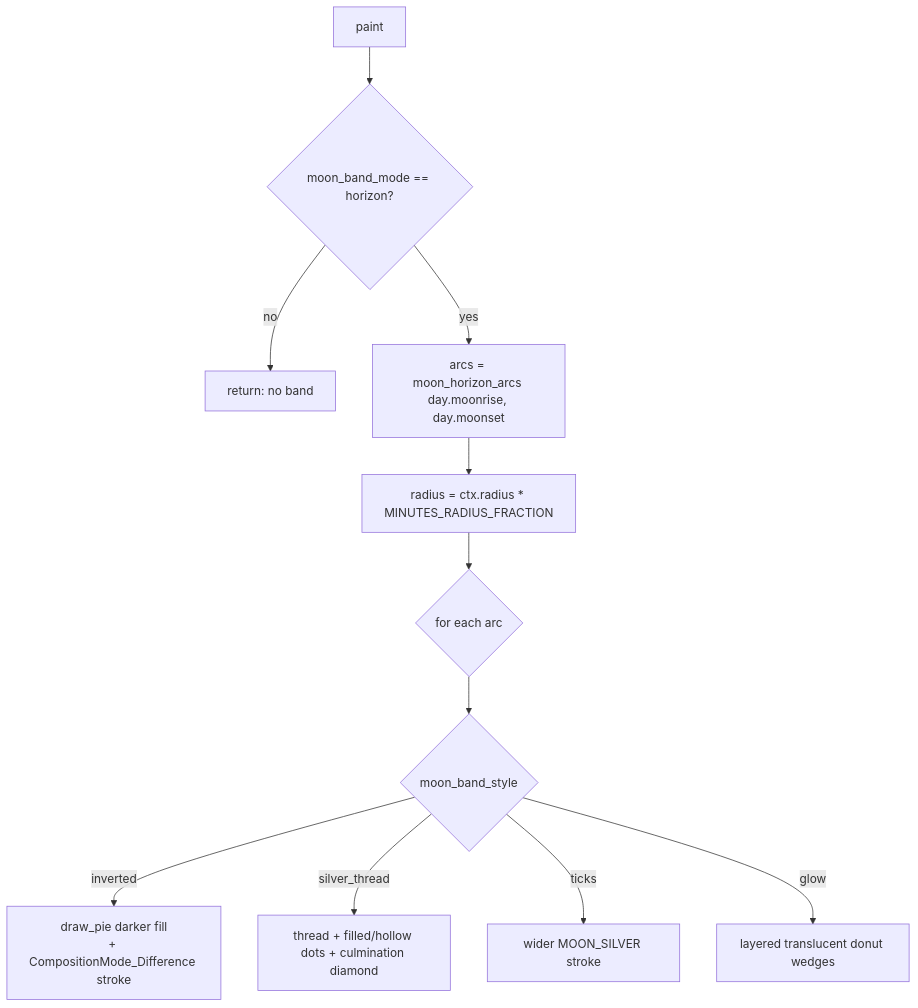
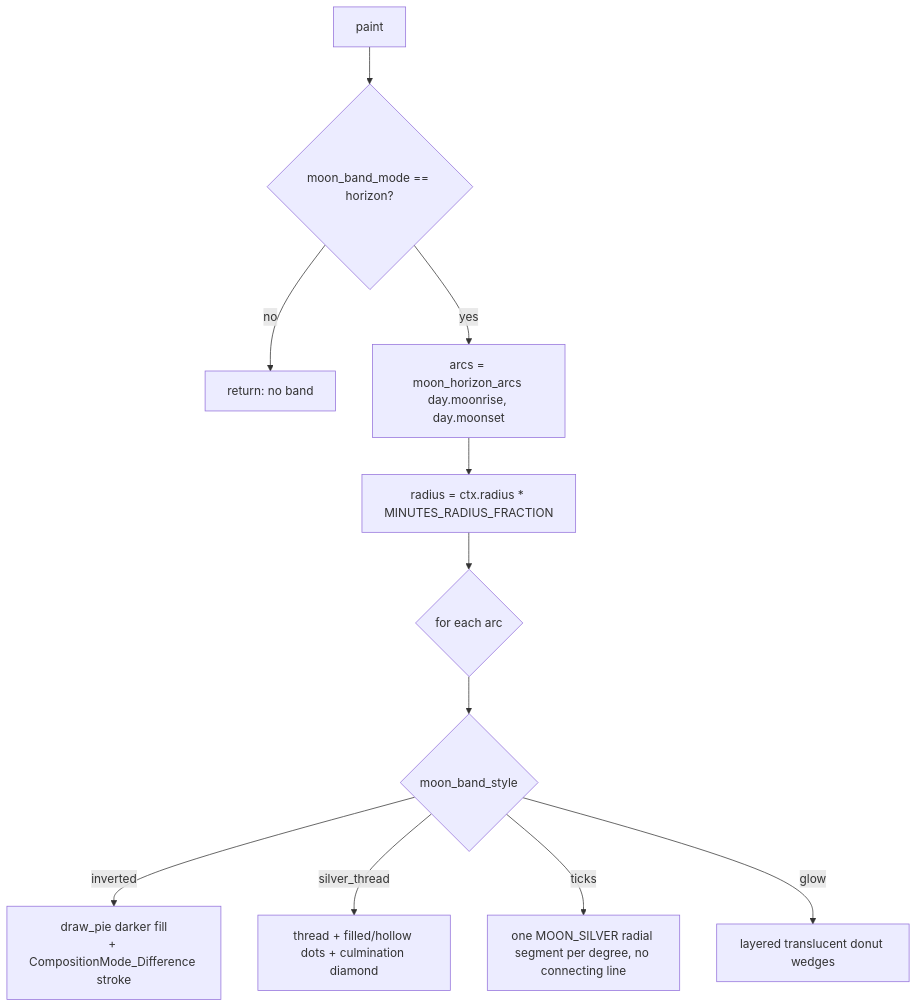
Before and after one commit to UVuruna/Watch-Academy: the diagram in render/layers/__flow/moon_band.md, drawn with Mermaid. The commit also changed 3 other files, not shown here.

````diff
--- a/render/layers/__flow/moon_band.md
+++ b/render/layers/__flow/moon_band.md
@@ -7,13 +7,13 @@
 ```mermaid
 flowchart TB
     A[paint] --> B{moon_band_mode == horizon?}
     B -- no --> Z[return: no band]
     B -- yes --> C[arcs = moon_horizon_arcs day.moonrise, day.moonset]
     C --> D[radius = ctx.radius * MINUTES_RADIUS_FRACTION]
     D --> E{for each arc}
     E --> F{moon_band_style}
     F -- inverted --> G[draw_pie darker fill\n+ CompositionMode_Difference stroke]
     F -- silver_thread --> H[thread + filled/hollow dots + culmination diamond]
-    F -- ticks --> I[wider MOON_SILVER stroke]
+    F -- ticks --> I[one MOON_SILVER radial segment per degree, no connecting line]
     F -- glow --> J[layered translucent donut wedges]
 ```
````
